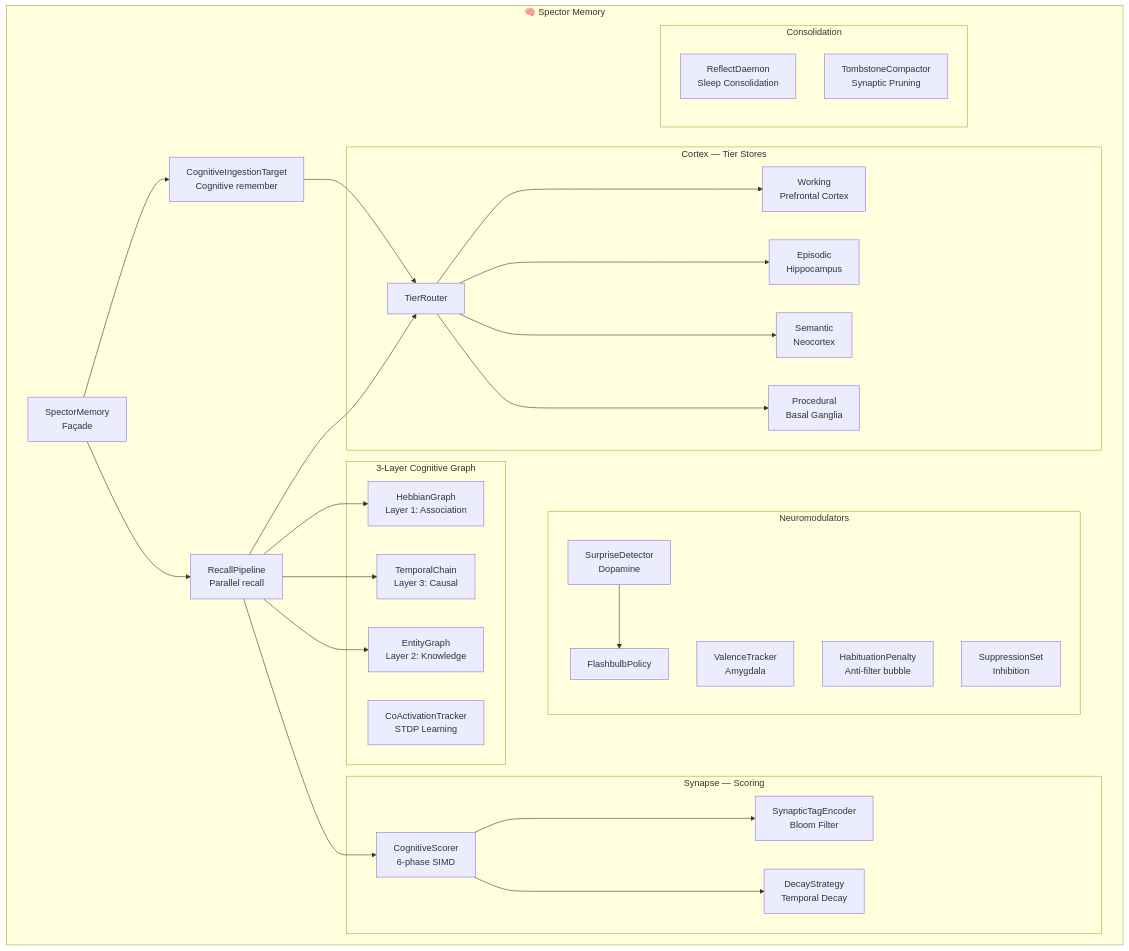
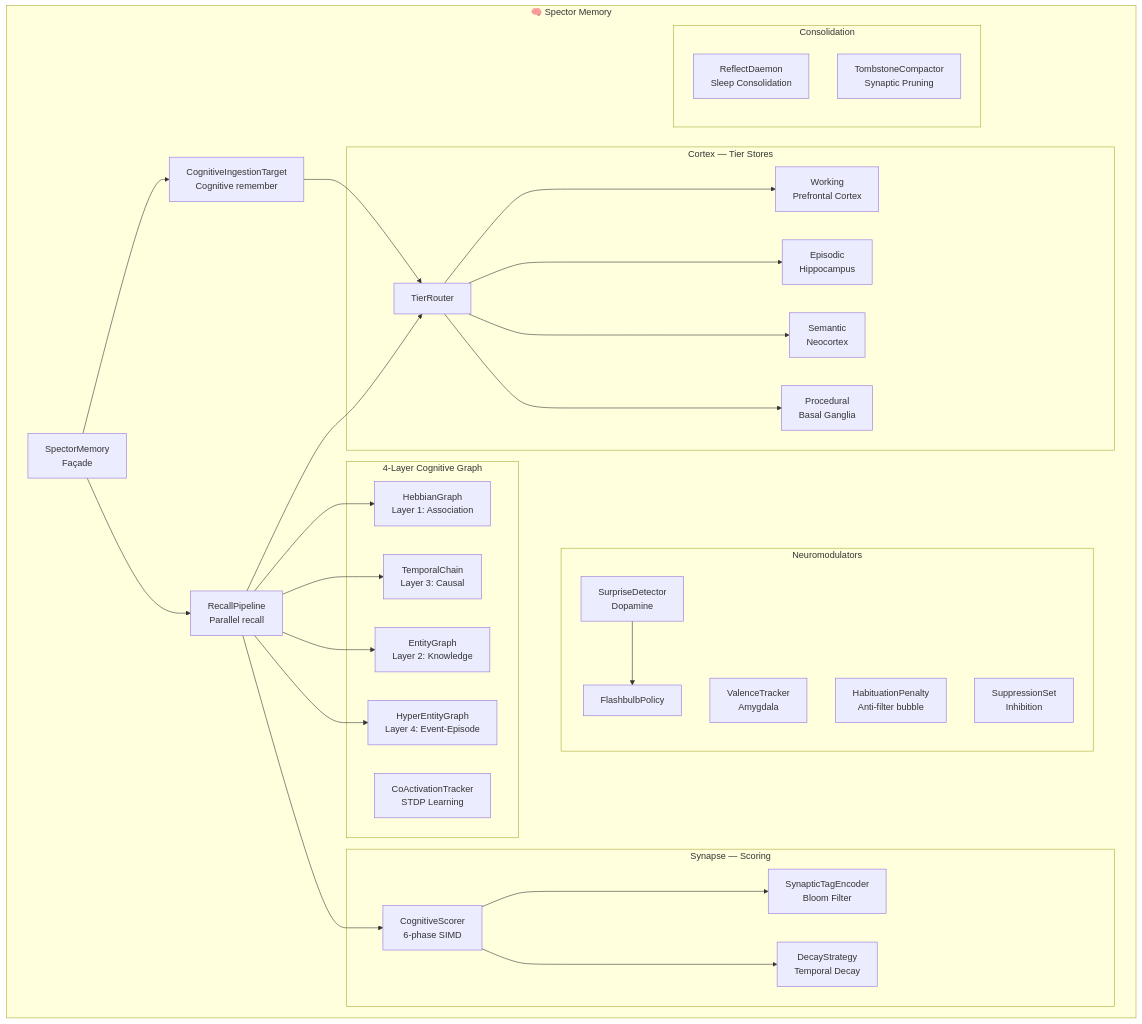
The diagram in docs/docs/memory/index.md (spectrayan/spector), drawn with Mermaid before and after one commit. The commit also changed other lines of this file and 34 other files, not shown here.

First line of the commit message:
docs(docs): align project documentation with memory recall architecture (#321)

````diff
--- a/docs/docs/memory/index.md
+++ b/docs/docs/memory/index.md
@@ -67,45 +67,47 @@
 ```mermaid
 graph TB
     subgraph "🧠 Spector Memory"
         SM[SpectorMemory<br/>Façade]:::core --> CT[CognitiveIngestionTarget<br/>Cognitive remember]:::core
         SM --> RP[RecallPipeline<br/>Parallel recall]:::core
         
         subgraph "Cortex — Tier Stores"
             TR[TierRouter]:::core --> WM[Working<br/>Prefrontal Cortex]:::working
             TR --> EM[Episodic<br/>Hippocampus]:::episodic
             TR --> SE[Semantic<br/>Neocortex]:::semantic
             TR --> PR[Procedural<br/>Basal Ganglia]:::procedural
         end
         
         subgraph "Synapse — Scoring"
             CS[CognitiveScorer<br/>6-phase SIMD]:::synapse --> STE[SynapticTagEncoder<br/>Bloom Filter]:::synapse
             CS --> DS[DecayStrategy<br/>Temporal Decay]:::synapse
         end
         
         subgraph "Neuromodulators"
             SD[SurpriseDetector<br/>Dopamine]:::synapse --> FP[FlashbulbPolicy]:::synapse
             VT[ValenceTracker<br/>Amygdala]:::synapse
             HP[HabituationPenalty<br/>Anti-filter bubble]:::synapse
             SS[SuppressionSet<br/>Inhibition]:::synapse
         end
         
-        subgraph "3-Layer Cognitive Graph"
+        subgraph "4-Layer Cognitive Graph"
             HG[HebbianGraph<br/>Layer 1: Association]:::core
             EG[EntityGraph<br/>Layer 2: Knowledge]:::core
             TC[TemporalChain<br/>Layer 3: Causal]:::core
+            HEG[HyperEntityGraph<br/>Layer 4: Event-Episode]:::core
             CA[CoActivationTracker<br/>STDP Learning]:::core
         end
         
         subgraph "Consolidation"
             RD[ReflectDaemon<br/>Sleep Consolidation]:::core
             TCC[TombstoneCompactor<br/>Synaptic Pruning]:::core
         end
         
         CT --> TR
         RP --> CS
         RP --> TR
         RP --> HG
         RP --> TC
         RP --> EG
+        RP --> HEG
     end
 ```
````
